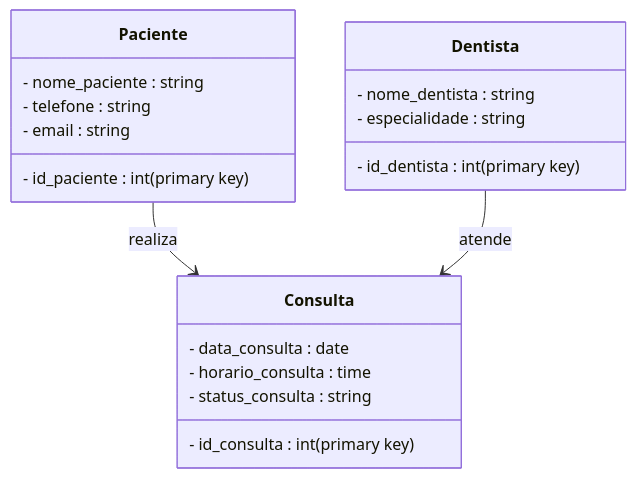
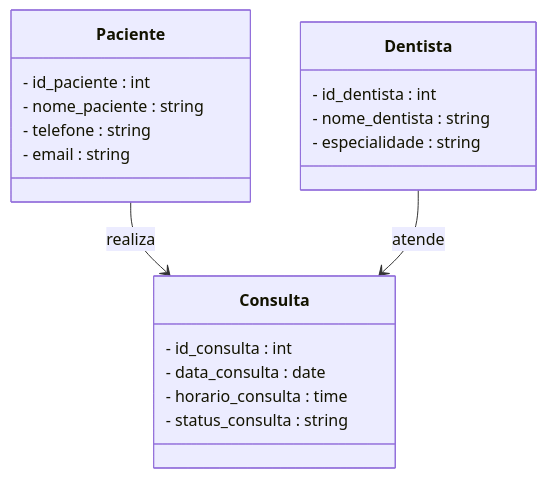
Before and after one commit to marcelacls/Sistema-de-agendamento-PHP: the diagram in README.md, drawn with Mermaid.

Commit message:
Remove primary key annotations from class diagram

````diff
--- a/README.md
+++ b/README.md
@@ -73,27 +73,27 @@
 ```mermaid
 classDiagram
 
 class Paciente {
-  - id_paciente : int (primary key)
+  - id_paciente : int 
   - nome_paciente : string
   - telefone : string
   - email : string
   
 }
 
 class Dentista {
-  - id_dentista : int (primary key)
+  - id_dentista : int 
   - nome_dentista : string
   - especialidade : string
 }
 
 class Consulta {
-  - id_consulta : int (primary key)
+  - id_consulta : int 
   - data_consulta : date
   - horario_consulta : time
   - status_consulta : string
 }
 
 Paciente --> Consulta : realiza
 Dentista --> Consulta : atende
 ```
````
